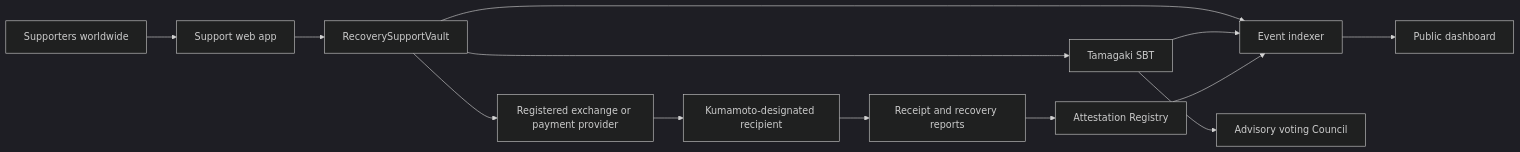
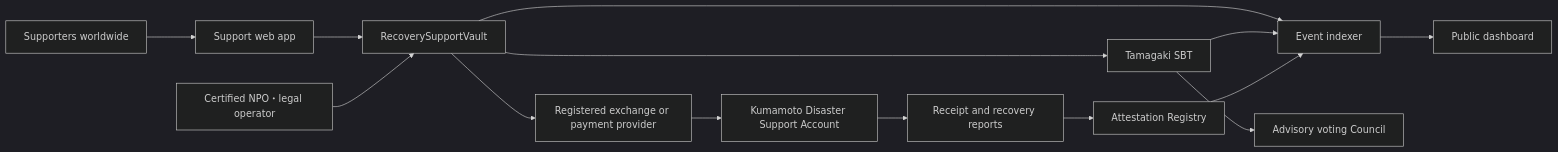
One commit to ShigeichiroYamasaki/yui-no-kaki-kumamoto changed the first of 3 diagrams in docs/en/architecture.md. Above: the diagram before and after it, drawn with Mermaid (dark theme). The commit also changed other lines of this file and 44 other files, not shown here.

Commit message:
Harden contracts and define certified NPO operations

````diff
--- a/docs/en/architecture.md
+++ b/docs/en/architecture.md
@@ -5,15 +5,16 @@
 ```mermaid
 flowchart LR
   S[Supporters worldwide] --> W[Support web app]
   W --> V[RecoverySupportVault]
+  N["Certified NPO・legal operator"] --> V
   V --> T[Tamagaki SBT]
   V --> X[Registered exchange or payment provider]
-  X --> K[Kumamoto-designated recipient]
+  X --> K[Kumamoto Disaster Support Account]
   K --> A[Receipt and recovery reports]
   A --> R[Attestation Registry]
   V --> I[Event indexer]
   T --> I
   R --> I
   I --> D[Public dashboard]
   T --> C[Advisory voting Council]
 ```
````
